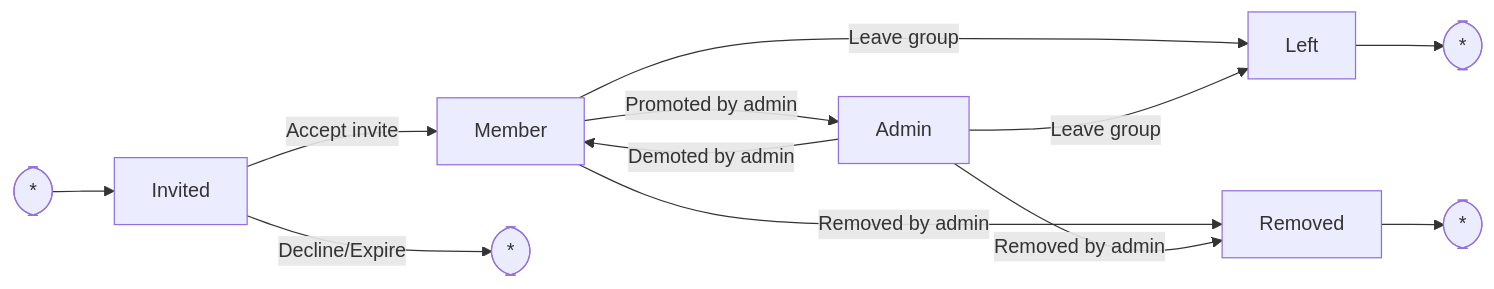
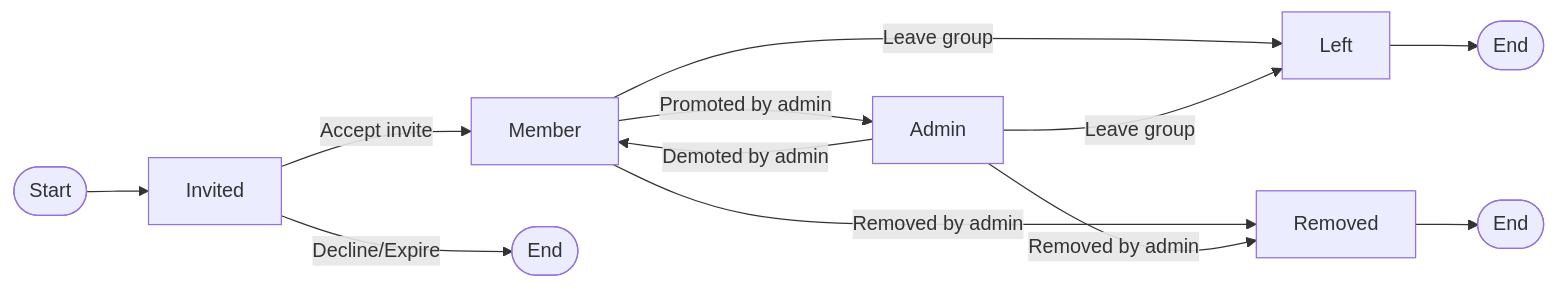
Before and after one commit to vd120/laravel_project: diagram 22 of 29 in UML.md, drawn with Mermaid. The commit also changed other lines of this file, not shown here.

````diff
--- a/UML.md
+++ b/UML.md
@@ -1164,14 +1151,14 @@
 ```mermaid
 flowchart LR
-    Start([*]) --> Invited
-    Invited -->|Accept invite| Member
-    Invited -->|Decline/Expire| End([*])
-    Member -->|Promoted by admin| Admin
-    Admin -->|Demoted by admin| Member
-    Member -->|Leave group| Left
-    Admin -->|Leave group| Left
-    Member -->|Removed by admin| Removed
-    Admin -->|Removed by admin| Removed
-    Left --> End2([*])
-    Removed --> End3([*])
+    A([Start]) --> B[Invited]
+    B -->|Accept invite| C[Member]
+    B -->|Decline/Expire| D([End])
+    C -->|Promoted by admin| E[Admin]
+    E -->|Demoted by admin| C
+    C -->|Leave group| F[Left]
+    E -->|Leave group| F
+    C -->|Removed by admin| G[Removed]
+    E -->|Removed by admin| G
+    F --> H([End])
+    G --> I([End])
 ```
````
